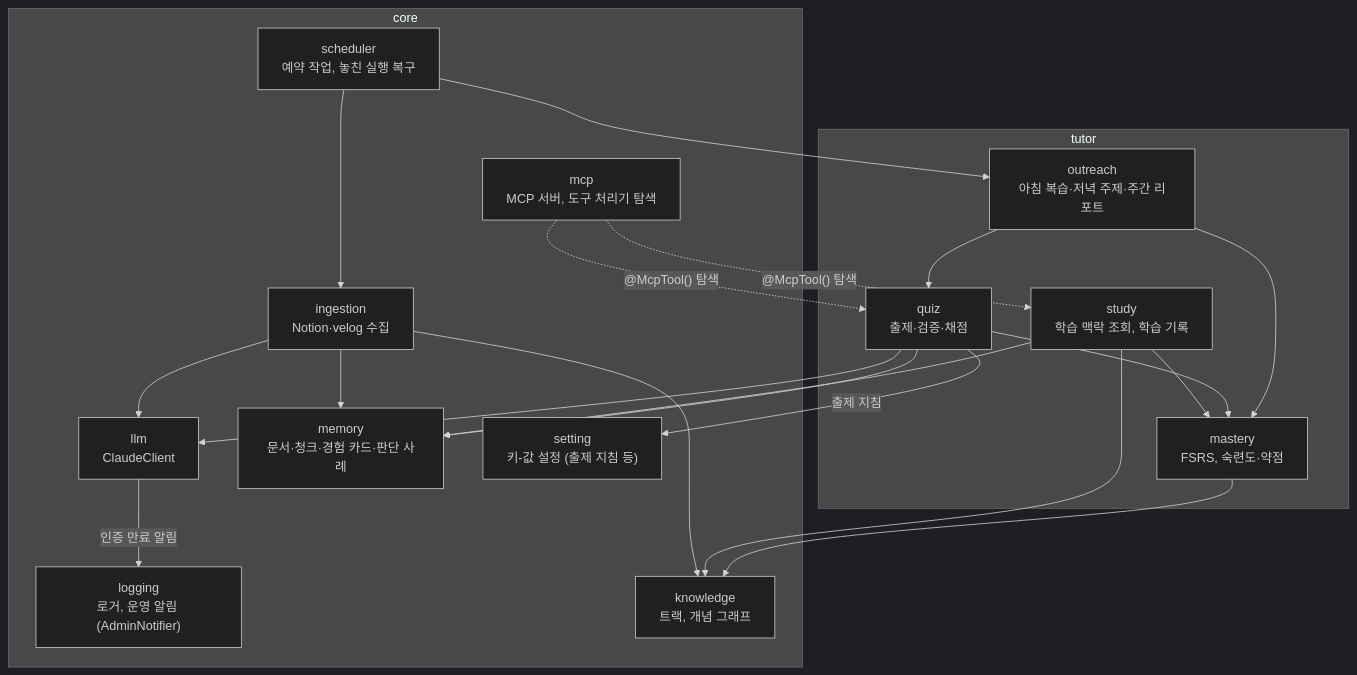
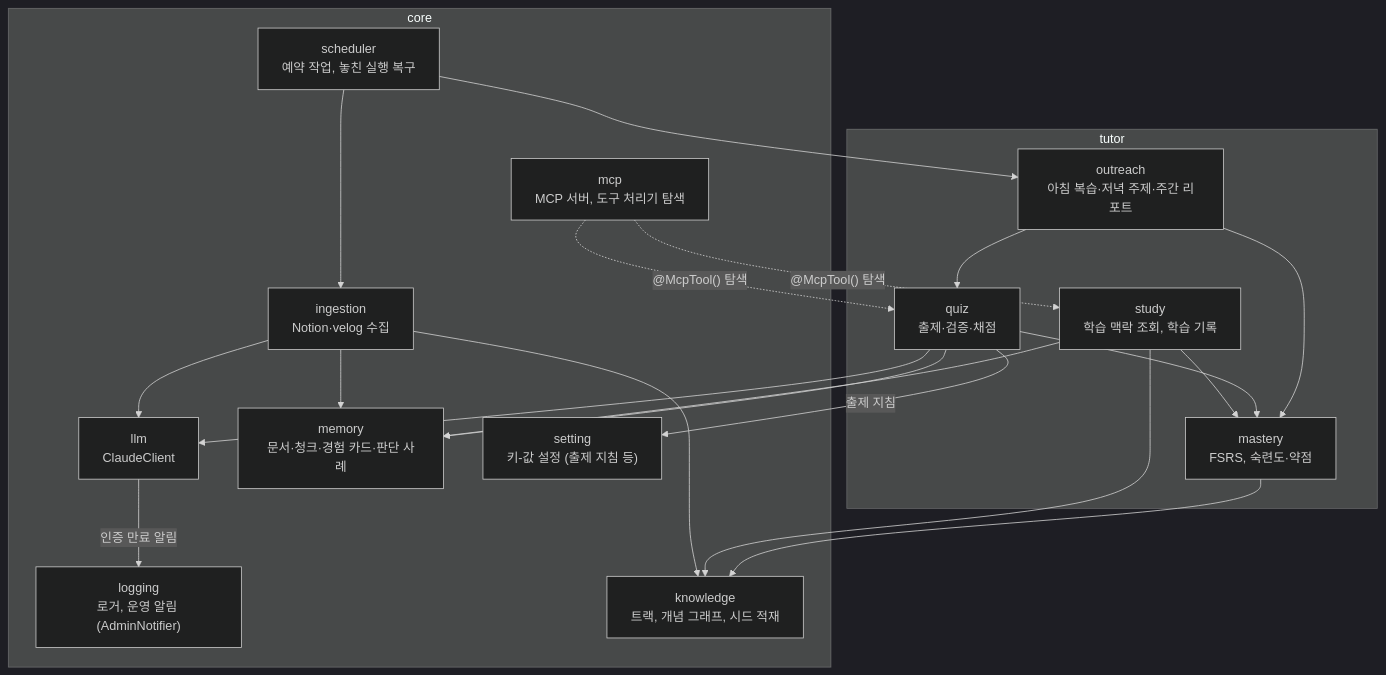
Before and after one commit to Wonchang0314/growth-assistant: the diagram in docs/architecture/c4-3-component.md, drawn with Mermaid (dark theme). The commit also changed 38 other files, not shown here.

````diff
--- a/docs/architecture/c4-3-component.md
+++ b/docs/architecture/c4-3-component.md
@@ -5,43 +5,43 @@
 ```mermaid
 flowchart TB
     subgraph core
         mcp["mcp<br/>MCP 서버, 도구 처리기 탐색"]
         llm["llm<br/>ClaudeClient"]
         logging["logging<br/>로거, 운영 알림 (AdminNotifier)"]
         memory["memory<br/>문서·청크·경험 카드·판단 사례"]
-        knowledge["knowledge<br/>트랙, 개념 그래프"]
+        knowledge["knowledge<br/>트랙, 개념 그래프, 시드 적재"]
         ingestion["ingestion<br/>Notion·velog 수집"]
         scheduler["scheduler<br/>예약 작업, 놓친 실행 복구"]
         setting["setting<br/>키-값 설정 (출제 지침 등)"]
     end
 
     subgraph tutor
         study["study<br/>학습 맥락 조회, 학습 기록"]
         quiz["quiz<br/>출제·검증·채점"]
         mastery["mastery<br/>FSRS, 숙련도·약점"]
         outreach["outreach<br/>아침 복습·저녁 주제·주간 리포트"]
     end
 
     mcp -.->|"@McpTool() 탐색"| study
     mcp -.->|"@McpTool() 탐색"| quiz
     scheduler --> outreach
     scheduler --> ingestion
     llm -->|"인증 만료 알림"| logging
     quiz -->|"출제 지침"| setting
 
     ingestion --> llm
     ingestion --> memory
     ingestion --> knowledge
 
     study --> memory
     study --> knowledge
     study --> mastery
 
     quiz --> llm
     quiz --> mastery
     quiz --> memory
 
     mastery --> knowledge
     outreach --> quiz
     outreach --> mastery
 ```
````
